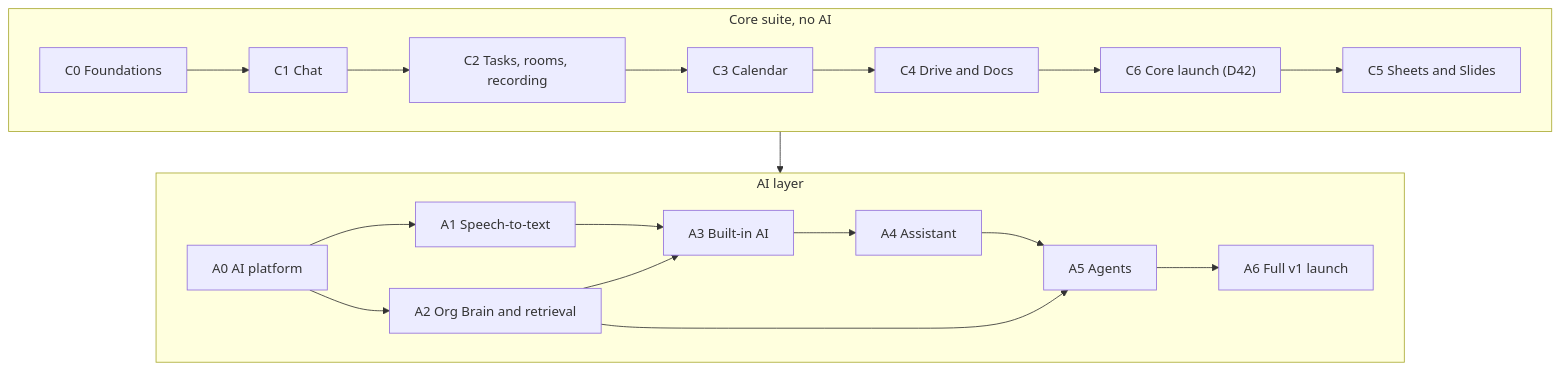
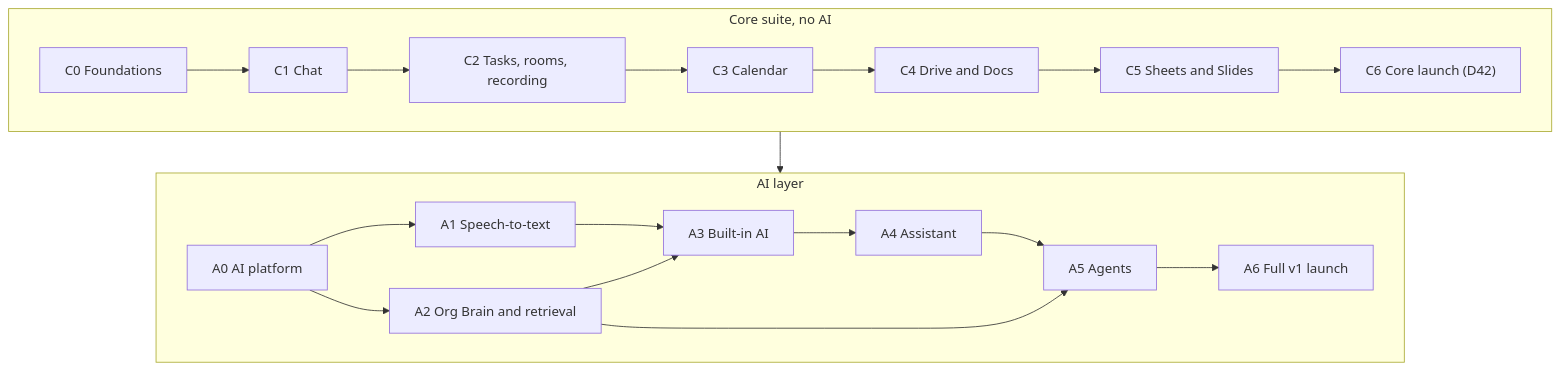
Before and after one commit to ashtonatnormal/mainsoftware: the diagram in docs/BUILD-PLAN.md, drawn with Mermaid. The commit also changed other lines of this file and 1 other file, not shown here.

First line of the commit message:
PRD: D43 Sheets and Slides in the core launch; D44 transcript back-fill

````diff
--- a/docs/BUILD-PLAN.md
+++ b/docs/BUILD-PLAN.md
@@ -56,14 +56,14 @@
 ```mermaid
 flowchart TB
   subgraph CORE["Core suite, no AI"]
     direction LR
-    C0["C0 Foundations"] --> C1["C1 Chat"] --> C2["C2 Tasks, rooms, recording"] --> C3["C3 Calendar"] --> C4["C4 Drive and Docs"] --> C6["C6 Core launch (D42)"] --> C5["C5 Sheets and Slides"]
+    C0["C0 Foundations"] --> C1["C1 Chat"] --> C2["C2 Tasks, rooms, recording"] --> C3["C3 Calendar"] --> C4["C4 Drive and Docs"] --> C5["C5 Sheets and Slides"] --> C6["C6 Core launch (D42)"]
   end
   subgraph AI["AI layer"]
     direction LR
     A0["A0 AI platform"] --> A1["A1 Speech-to-text"] --> A3["A3 Built-in AI"] --> A4["A4 Assistant"] --> A5["A5 Agents"] --> A6["A6 Full v1 launch"]
     A0 --> A2["A2 Org Brain and retrieval"] --> A3
     A2 --> A5
   end
   CORE --> AI
 ```
````
